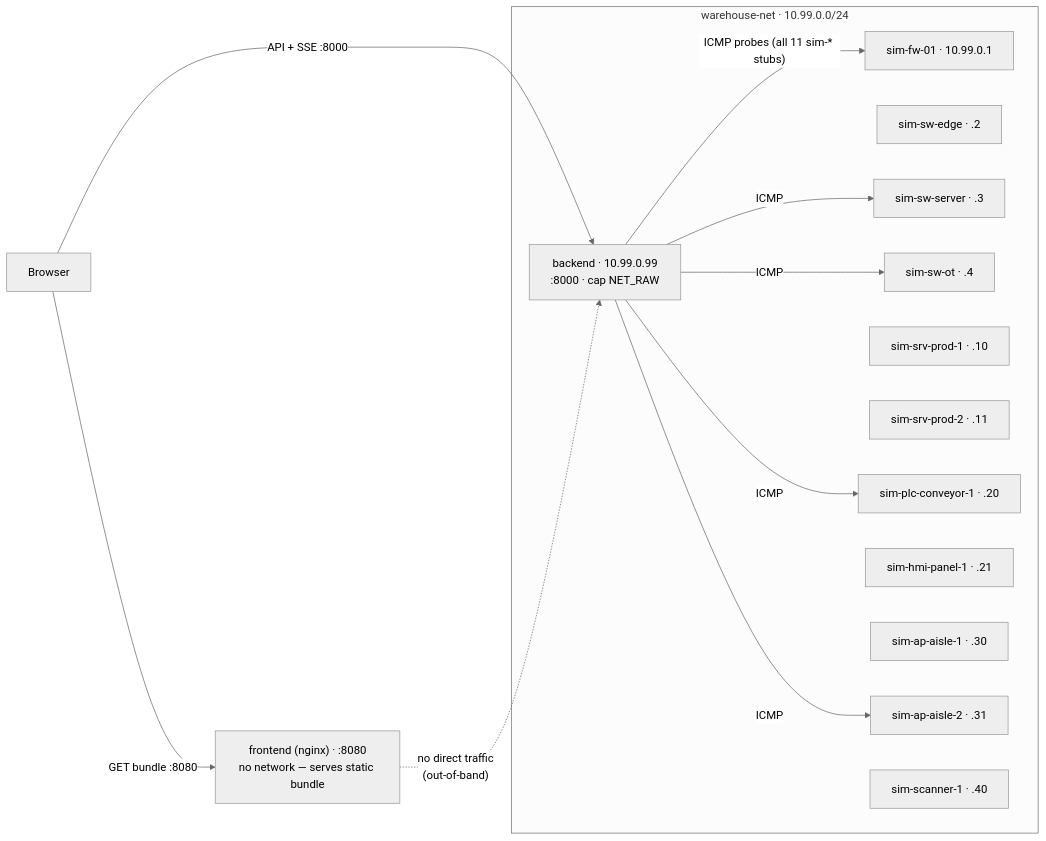
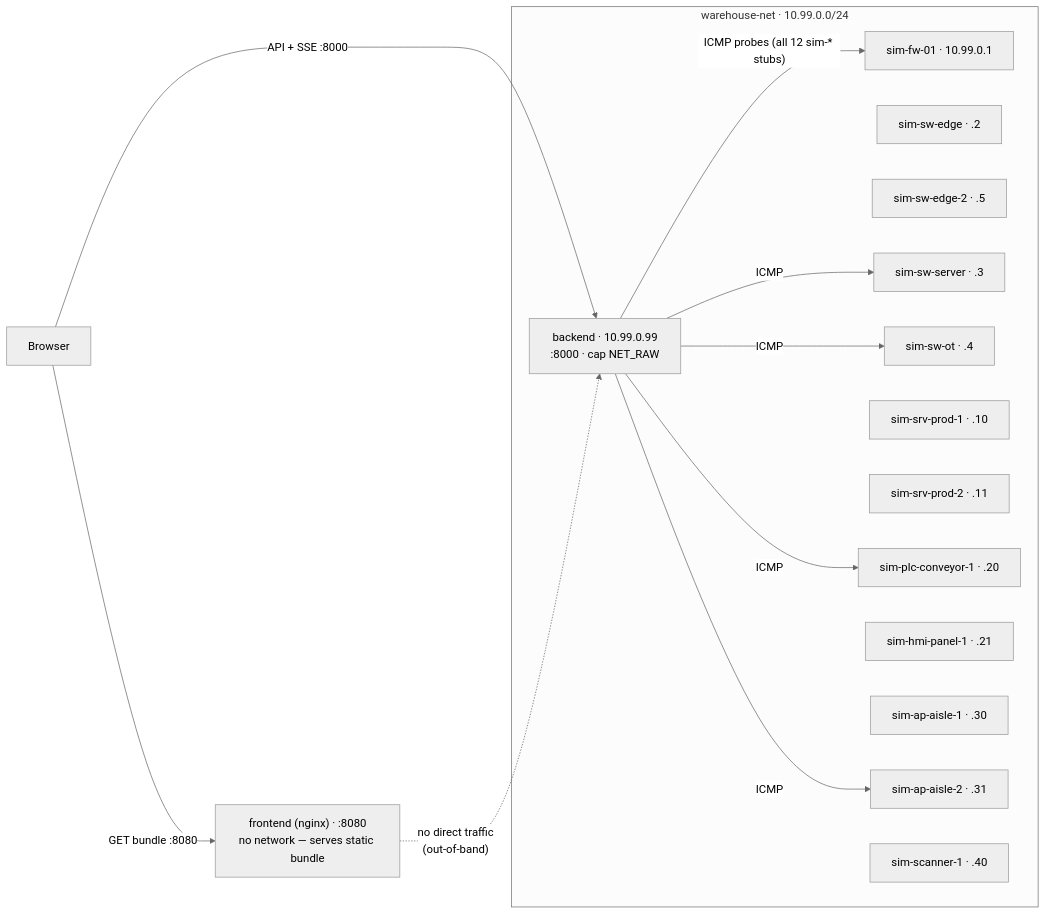
Before and after one commit to dumbL4d/network-analyser: the ninth of 10 diagrams in README.md, drawn with Mermaid (neutral theme). The commit also changed other lines of this file and 28 other files, not shown here.

````diff
--- a/README.md
+++ b/README.md
@@ -626,29 +678,30 @@
 ```mermaid
 flowchart LR
     subgraph warehouse-net["warehouse-net · 10.99.0.0/24"]
         FW["sim-fw-01 · 10.99.0.1"]
         S1["sim-sw-edge · .2"]
+        S11["sim-sw-edge-2 · .5"]
         S2["sim-sw-server · .3"]
         S3["sim-sw-ot · .4"]
         S4["sim-srv-prod-1 · .10"]
         S5["sim-srv-prod-2 · .11"]
         S6["sim-plc-conveyor-1 · .20"]
         S7["sim-hmi-panel-1 · .21"]
         S8["sim-ap-aisle-1 · .30"]
         S9["sim-ap-aisle-2 · .31"]
         S10["sim-scanner-1 · .40"]
         BE["backend · 10.99.0.99<br/>:8000 · cap NET_RAW"]
     end
 
     BR["Browser"]
     FE["frontend (nginx) · :8080<br/>no network — serves static bundle"]
 
-    BE -- "ICMP probes (all 11 sim-* stubs)" --> FW
+    BE -- "ICMP probes (all 12 sim-* stubs)" --> FW
     BE -- "ICMP" --> S2
     BE -- "ICMP" --> S3
     BE -- "ICMP" --> S6
     BE -- "ICMP" --> S9
     BR -- "API + SSE :8000" --> BE
     BR -- "GET bundle :8080" --> FE
     FE -.->|"no direct traffic<br/>(out-of-band)"| BE
 ```
````
